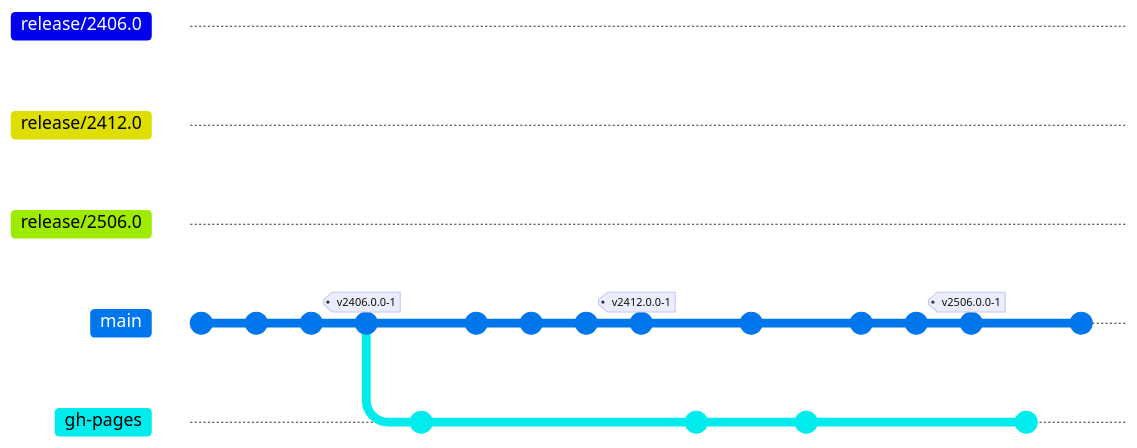
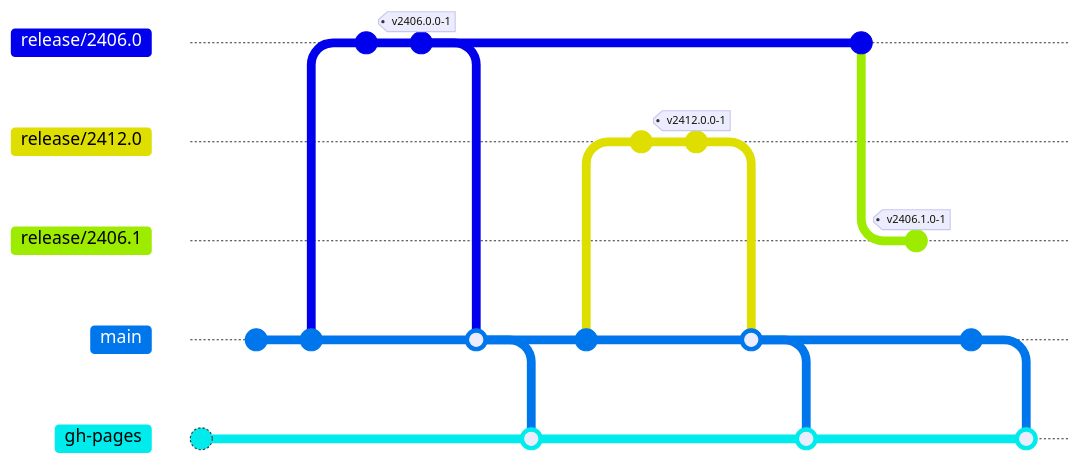
One commit to CoreMedia/coremedia-globallink-connect-integration changed the first of 2 diagrams in website/dev/repository/documentation.md. Above: the diagram before and after it, drawn with Mermaid. The commit also changed other lines of this file and 1 other file, not shown here. Commit ids are hidden.

Commit message:
docs(dev): Adjust Branches Documentation
Optimizing the documentation, so that it is hopefully easier to understand.

````diff
--- a/website/dev/repository/documentation.md
+++ b/website/dev/repository/documentation.md
@@ -9,37 +9,37 @@
 ```mermaid
 ---
 config:
   gitGraph:
     mainBranchOrder: 1
 ---
 gitGraph:
-  commit id: "ongoing dev"
-  commit id: "used third-party update 2406.x"
-  commit id: "doc snapshot 2406.x"
-  commit tag: "v2406.0.0-1"
+  branch gh-pages order: 99
+  commit id: "Create orphaned branch"
+  checkout main
+  commit id: "prior art"
+  commit id: "start 2406.0.0"
   branch release/2406.0
-  branch gh-pages order: 3
+  commit id: "docs 2406.0.0"
+  commit id: "approve 2406.0.0" tag: "v2406.0.0-1"
+  checkout main
+  merge release/2406.0 id: "merge 2406.0"
   checkout gh-pages
-  commit id: "deploy 2406.x docs"
+  merge main id: "publish docs 2406.0"
   checkout main
-  commit id: "development"
-  commit id: "used third-party update 2412.x"
-  commit id: "doc snapshot 2412.x"
-  commit tag: "v2412.0.0-1"
+  commit id: "start 2412.0.0"
   branch release/2412.0
+  commit id: "docs 2412.0.0"
+  commit id: "approve 2412.0.0" tag: "v2412.0.0-1"
+  checkout main
+  merge release/2412.0 id: "merge 2412.0"
   checkout gh-pages
-  commit id: "deploy 2412.x docs"
+  merge main id: "publish docs 2412.0"
+  checkout release/2406.0
+  commit id: "start 2406.1.0"
+  branch release/2406.1
+  commit id: "approve 2406.1.0" tag: "v2406.1.0-1"
   checkout main
-  commit id: "doc fixes"
+  commit id: "docs 2406.1.0"
   checkout gh-pages
-  commit id: "update docs"
-  checkout main
-  commit id: "used third-party update 2506.x"
-  commit id: "doc snapshot 2506.x"
-  commit tag: "v2506.0.0-1"
-  branch release/2506.0
-  checkout gh-pages
-  commit id: "deploy 2506.x docs"
-  checkout main
-  commit id: "continue dev"
+  merge main id: "publish docs 2406.1"
 ```
````
